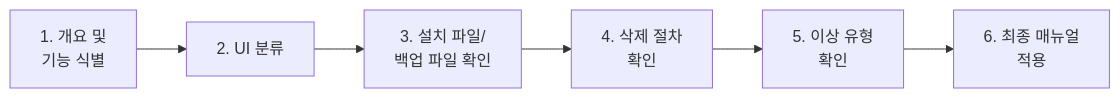
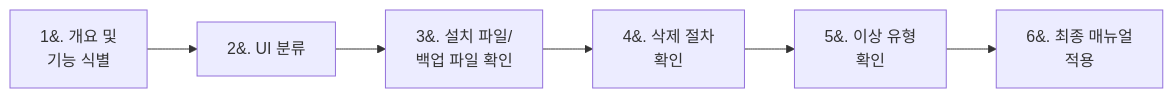
The fifth of 14 diagrams in _posts/2026-07-19-eip-application-packaging-study-2.md (sungjin-dev/sungjin-dev.github.io), drawn with Mermaid before and after one commit. The commit also changed other lines of this file, not shown here.

````diff
--- a/_posts/2026-07-19-eip-application-packaging-study-2.md
+++ b/_posts/2026-07-19-eip-application-packaging-study-2.md
@@ -328,8 +328,8 @@
 ```mermaid
 flowchart LR
-    A["1. 개요 및<br/>기능 식별"] --> B["2. UI 분류"]
-    B --> C["3. 설치 파일/<br/>백업 파일 확인"]
-    C --> D["4. 삭제 절차<br/>확인"]
-    D --> E["5. 이상 유형<br/>확인"]
-    E --> F["6. 최종 매뉴얼<br/>적용"]
+    A["1&#46; 개요 및<br>기능 식별"] --> B["2&#46; UI 분류"]
+    B --> C["3&#46; 설치 파일/<br>백업 파일 확인"]
+    C --> D["4&#46; 삭제 절차<br>확인"]
+    D --> E["5&#46; 이상 유형<br>확인"]
+    E --> F["6&#46; 최종 매뉴얼<br>적용"]
 ```
````
